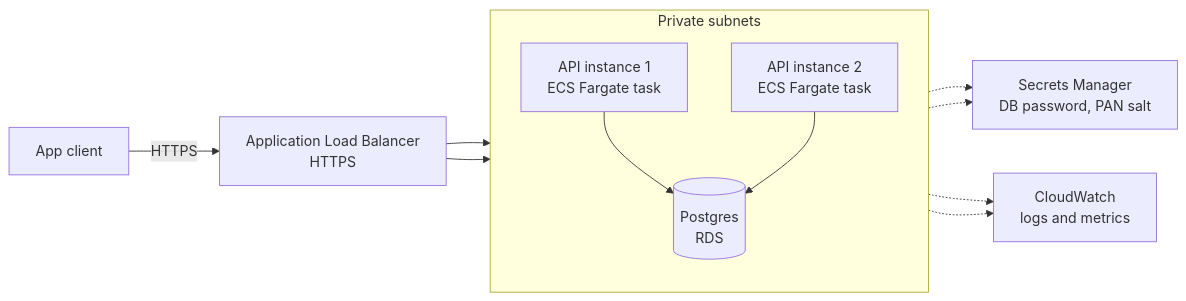
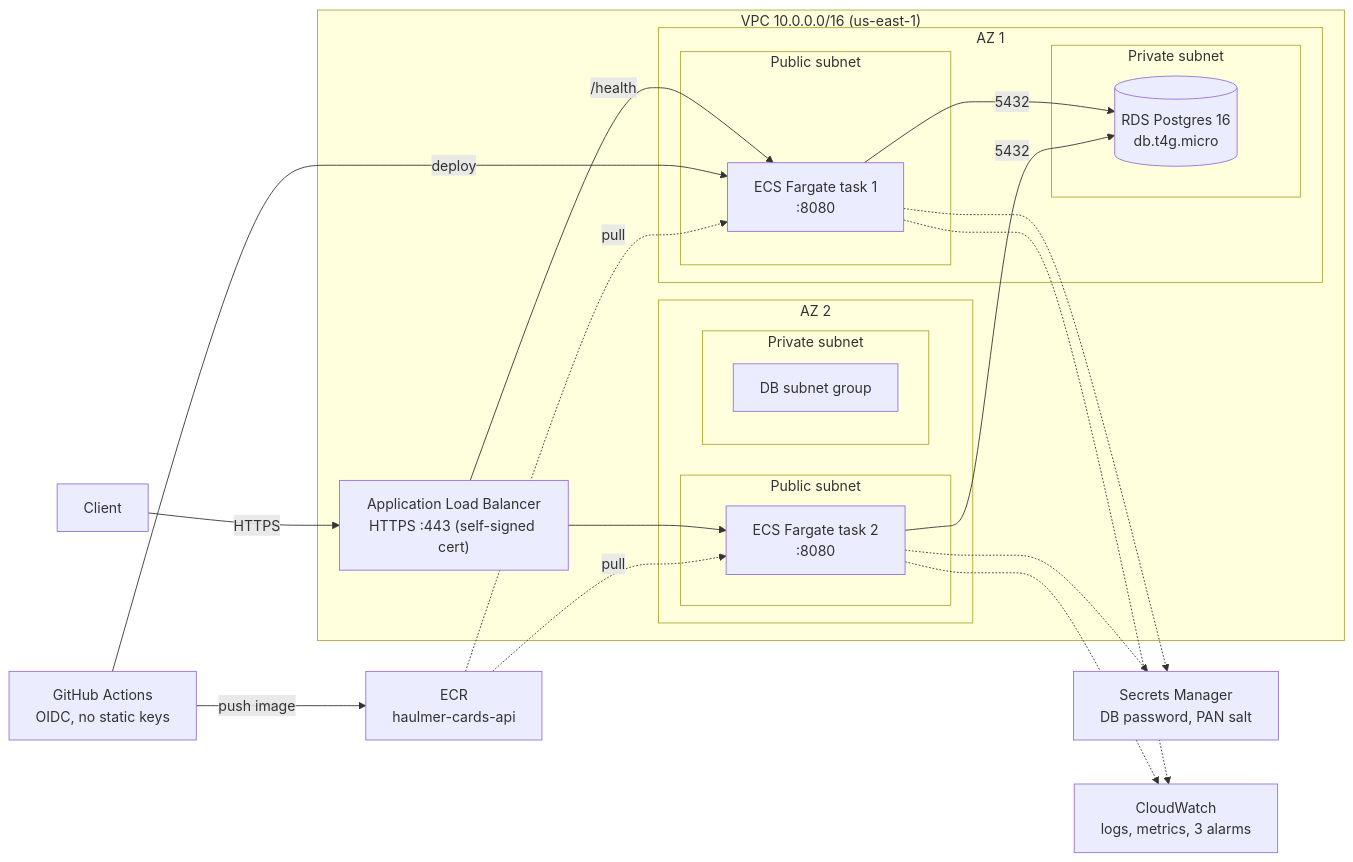
Before and after one commit to nicolascancino/L3-technical-test-Haulmer: the diagram in README.md, drawn with Mermaid. The commit also changed other lines of this file, not shown here.

Commit message:
docs: describe the AWS deployment, evidence and known deviations

````diff
--- a/README.md
+++ b/README.md
@@ -9,25 +9,45 @@
 ```mermaid
 flowchart LR
-    client["App client"]
-    alb["Application Load Balancer<br/>HTTPS"]
+    client["Client"]
 
-    subgraph private["Private subnets"]
-        direction TB
-        i1["API instance 1<br/>ECS Fargate task"]
-        i2["API instance 2<br/>ECS Fargate task"]
-        db[("Postgres<br/>RDS")]
+    subgraph vpc["VPC 10.0.0.0/16 (us-east-1)"]
+        alb["Application Load Balancer<br/>HTTPS :443 (self-signed cert)"]
+
+        subgraph az1["AZ 1"]
+            subgraph pub1["Public subnet"]
+                t1["ECS Fargate task 1<br/>:8080"]
+            end
+            subgraph priv1["Private subnet"]
+                db[("RDS Postgres 16<br/>db.t4g.micro")]
+            end
+        end
+
+        subgraph az2["AZ 2"]
+            subgraph pub2["Public subnet"]
+                t2["ECS Fargate task 2<br/>:8080"]
+            end
+            subgraph priv2["Private subnet"]
+                dbsub["DB subnet group"]
+            end
+        end
     end
 
+    ecr["ECR<br/>haulmer-cards-api"]
     secrets["Secrets Manager<br/>DB password, PAN salt"]
-    logs["CloudWatch<br/>logs and metrics"]
+    logs["CloudWatch<br/>logs, metrics, 3 alarms"]
+    gh["GitHub Actions<br/>OIDC, no static keys"]
 
     client -->|HTTPS| alb
-    alb --> i1
-    alb --> i2
-    i1 --> db
-    i2 --> db
-    i1 -.-> secrets
-    i2 -.-> secrets
-    i1 -.-> logs
-    i2 -.-> logs
+    alb -->|/health| t1
+    alb --> t2
+    t1 -->|5432| db
+    t2 -->|5432| db
+    t1 -.-> secrets
+    t2 -.-> secrets
+    t1 -.-> logs
+    t2 -.-> logs
+    gh -->|push image| ecr
+    gh -->|deploy| t1
+    ecr -.->|pull| t1
+    ecr -.->|pull| t2
 ```
````
